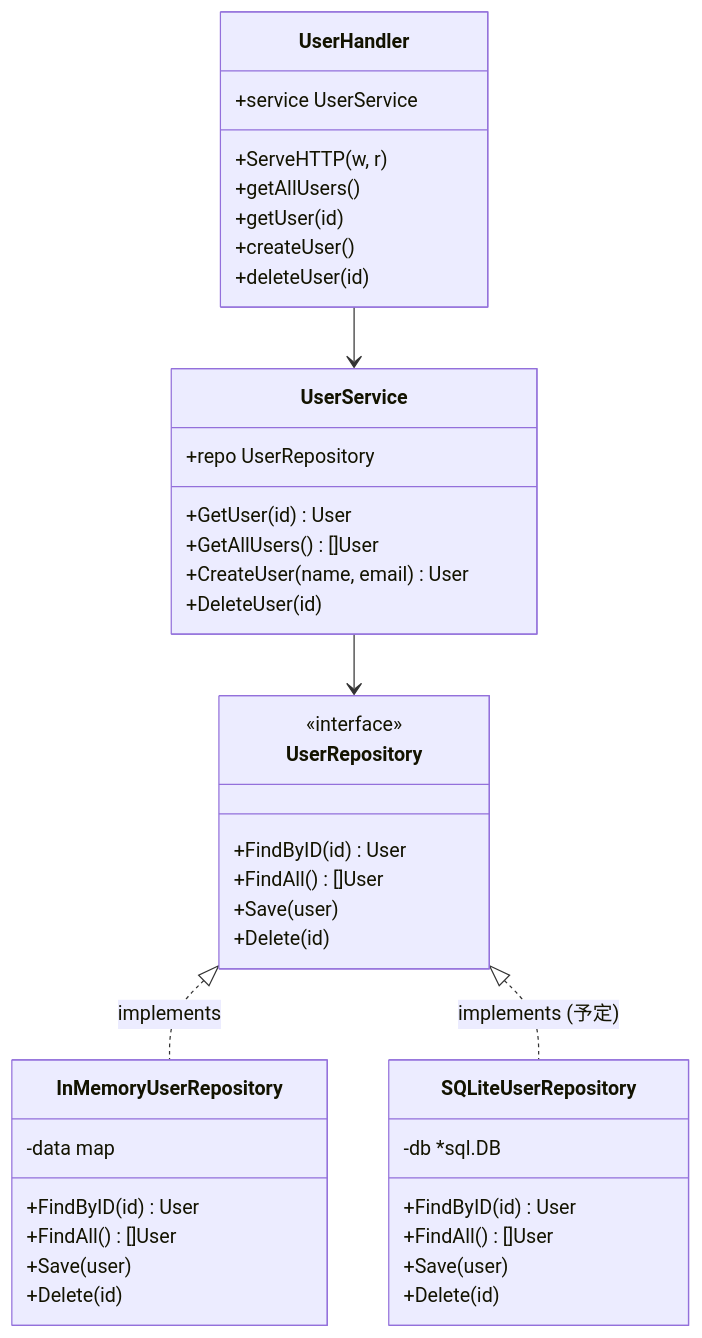
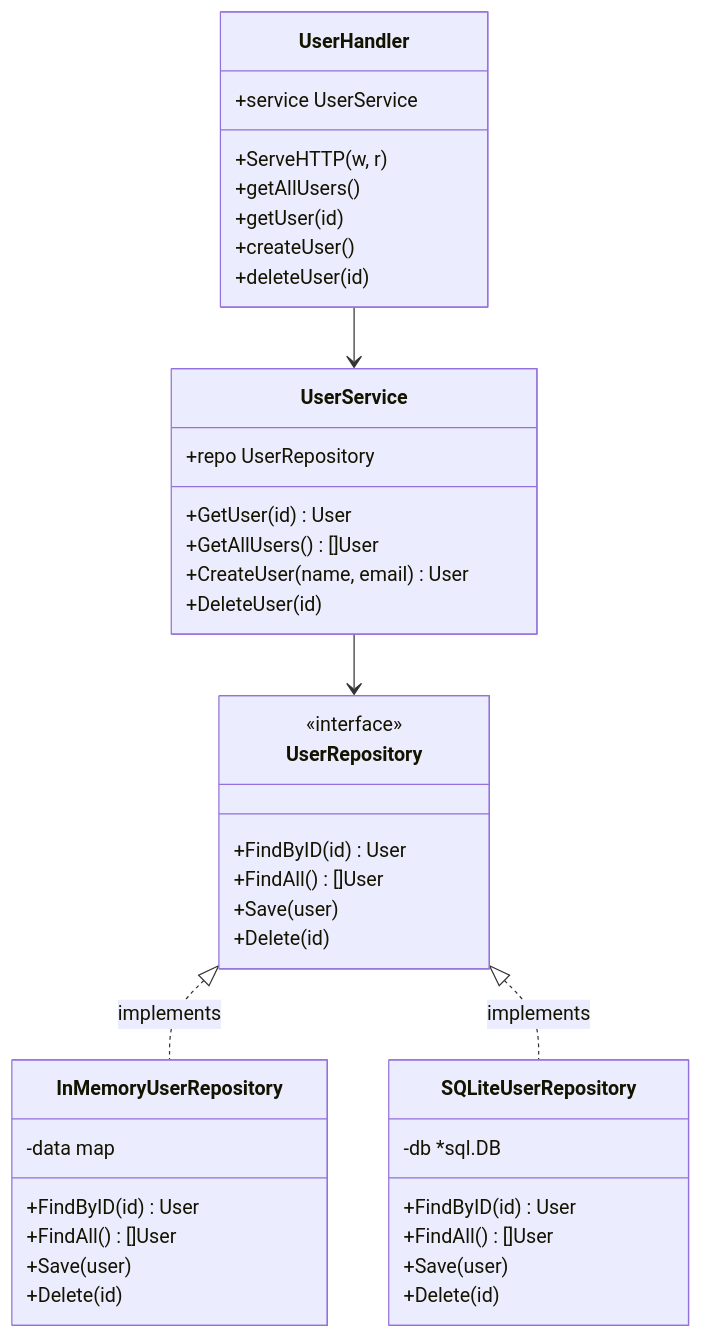
The third of 4 diagrams in README.md (NOGU-LAB/tauri-app-template), drawn with Mermaid before and after one commit. The commit also changed other lines of this file and 38 other files, not shown here.

````diff
--- a/README.md
+++ b/README.md
@@ -75,48 +76,48 @@
 ```mermaid
 classDiagram
     class UserHandler {
         +service UserService
         +ServeHTTP(w, r)
         +getAllUsers()
         +getUser(id)
         +createUser()
         +deleteUser(id)
     }
 
     class UserService {
         +repo UserRepository
         +GetUser(id) User
         +GetAllUsers() []User
         +CreateUser(name, email) User
         +DeleteUser(id)
     }
 
     class UserRepository {
         <<interface>>
         +FindByID(id) User
         +FindAll() []User
         +Save(user)
         +Delete(id)
     }
 
     class InMemoryUserRepository {
         -data map
         +FindByID(id) User
         +FindAll() []User
         +Save(user)
         +Delete(id)
     }
 
     class SQLiteUserRepository {
         -db *sql.DB
         +FindByID(id) User
         +FindAll() []User
         +Save(user)
         +Delete(id)
     }
 
     UserHandler --> UserService
     UserService --> UserRepository
     UserRepository <|.. InMemoryUserRepository : implements
-    UserRepository <|.. SQLiteUserRepository : implements (予定)
+    UserRepository <|.. SQLiteUserRepository : implements
 ```
````
